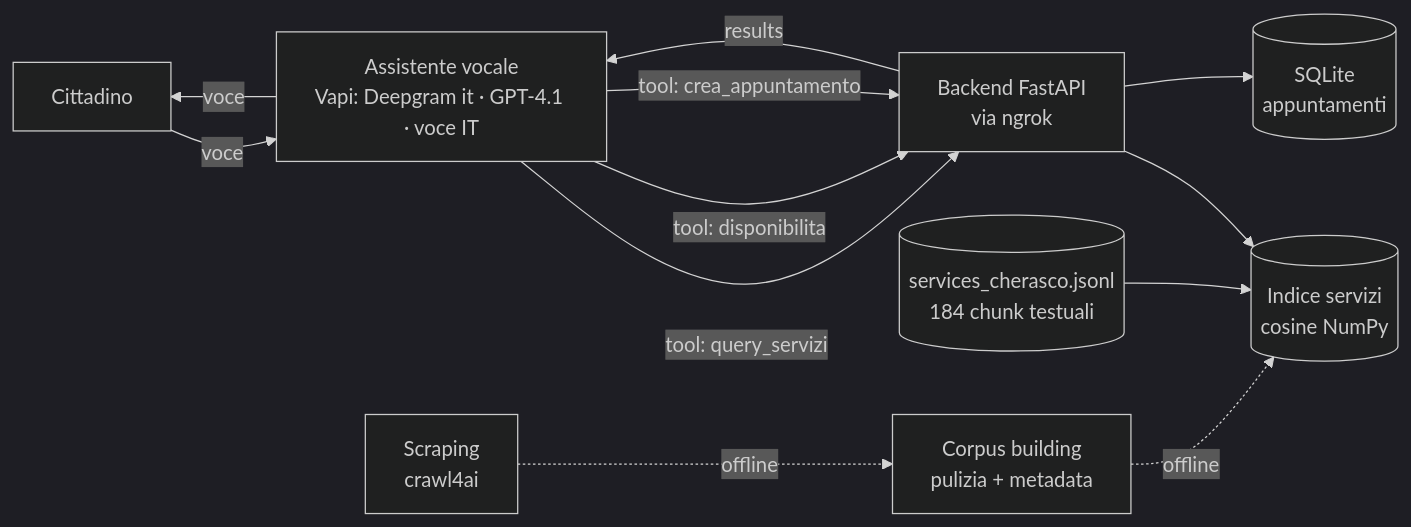
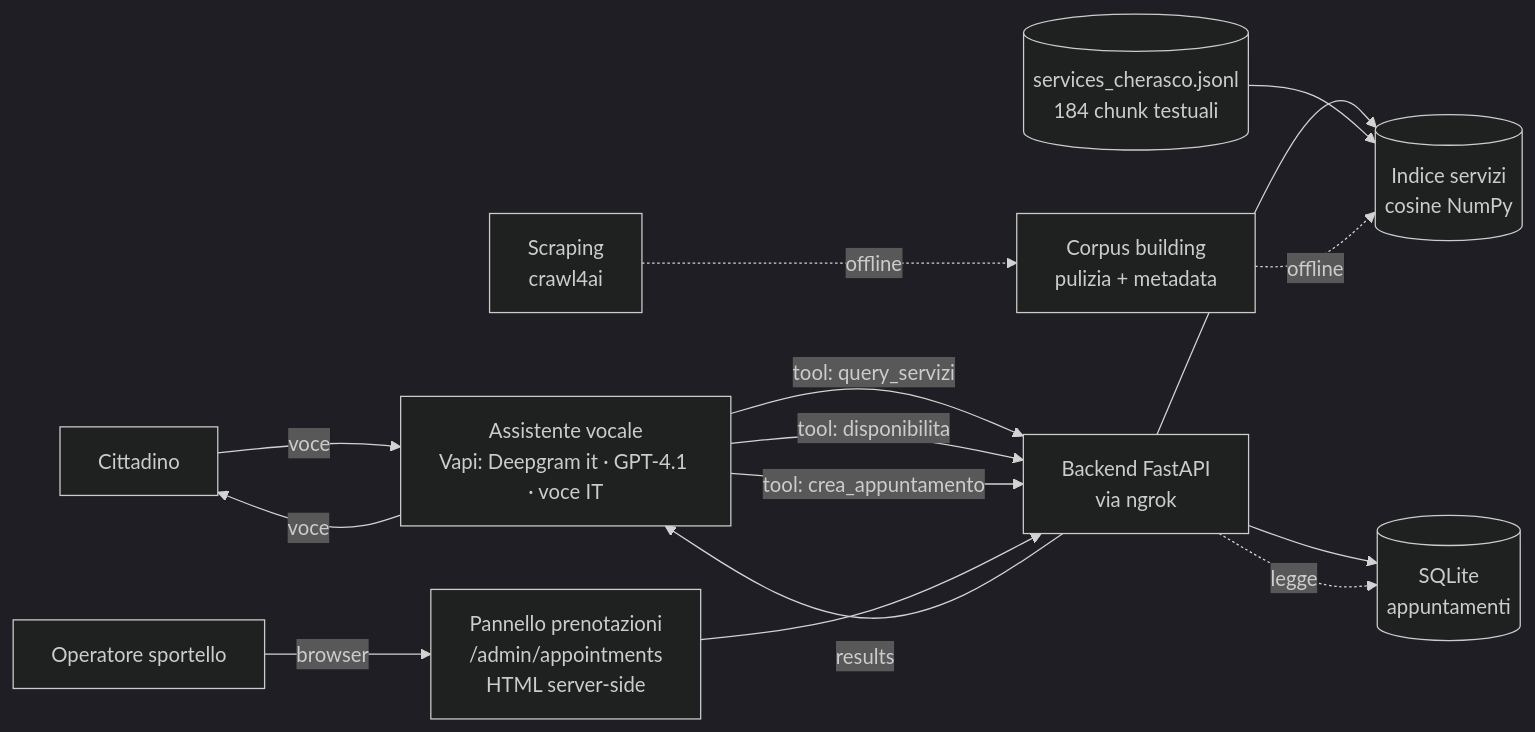
One commit to Kieff90/Voicebot-PY changed the first of 3 diagrams in docs/BLUEPRINT.md. Above: the diagram before and after it, drawn with Mermaid (dark theme). The commit also changed other lines of this file and 2 other files, not shown here.

First line of the commit message:
docs: documenta il pannello web prenotazioni in README, BLUEPRINT e architecture

````diff
--- a/docs/BLUEPRINT.md
+++ b/docs/BLUEPRINT.md
@@ -38,15 +43,18 @@
 ```mermaid
 flowchart LR
   C[Cittadino] -- voce --> V[Assistente vocale<br/>Vapi: Deepgram it · GPT-4.1 · voce IT]
   V -- voce --> C
   V -- tool: query_servizi --> B[Backend FastAPI<br/>via ngrok]
   V -- tool: disponibilita --> B
   V -- tool: crea_appuntamento --> B
   B -- results --> V
   B --> R[(Indice servizi<br/>cosine NumPy)]
   B --> D[(SQLite<br/>appuntamenti)]
   FS[(services_cherasco.jsonl<br/>184 chunk testuali)]
   FS --> R
   SC[Scraping<br/>crawl4ai] -. offline .-> CB[Corpus building<br/>pulizia + metadata]
   CB -. offline .-> R
+  O[Operatore sportello] -- browser --> A[Pannello prenotazioni<br/>/admin/appointments<br/>HTML server-side]
+  A --> B
+  B -. legge .-> D
 ```
````
